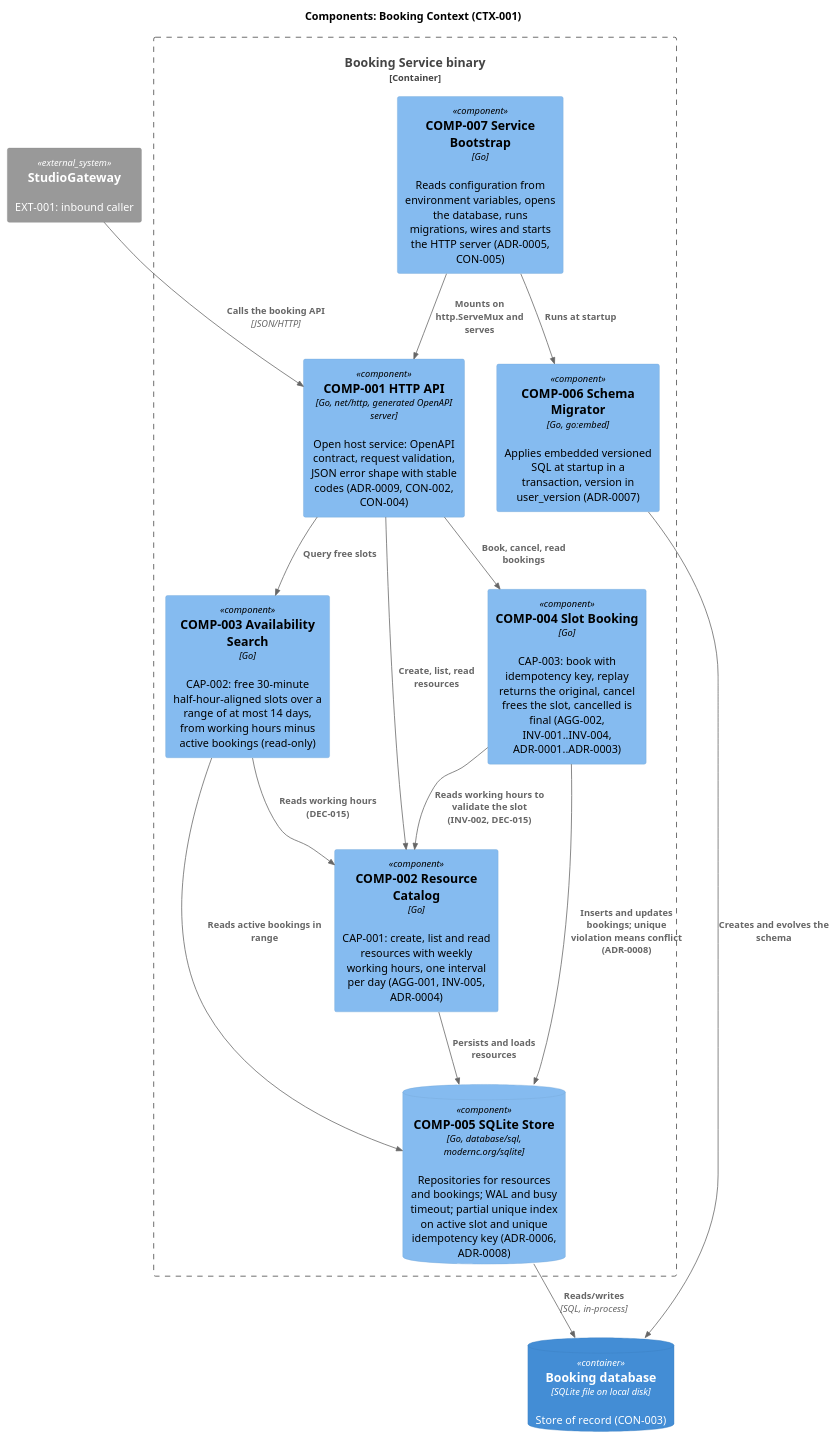
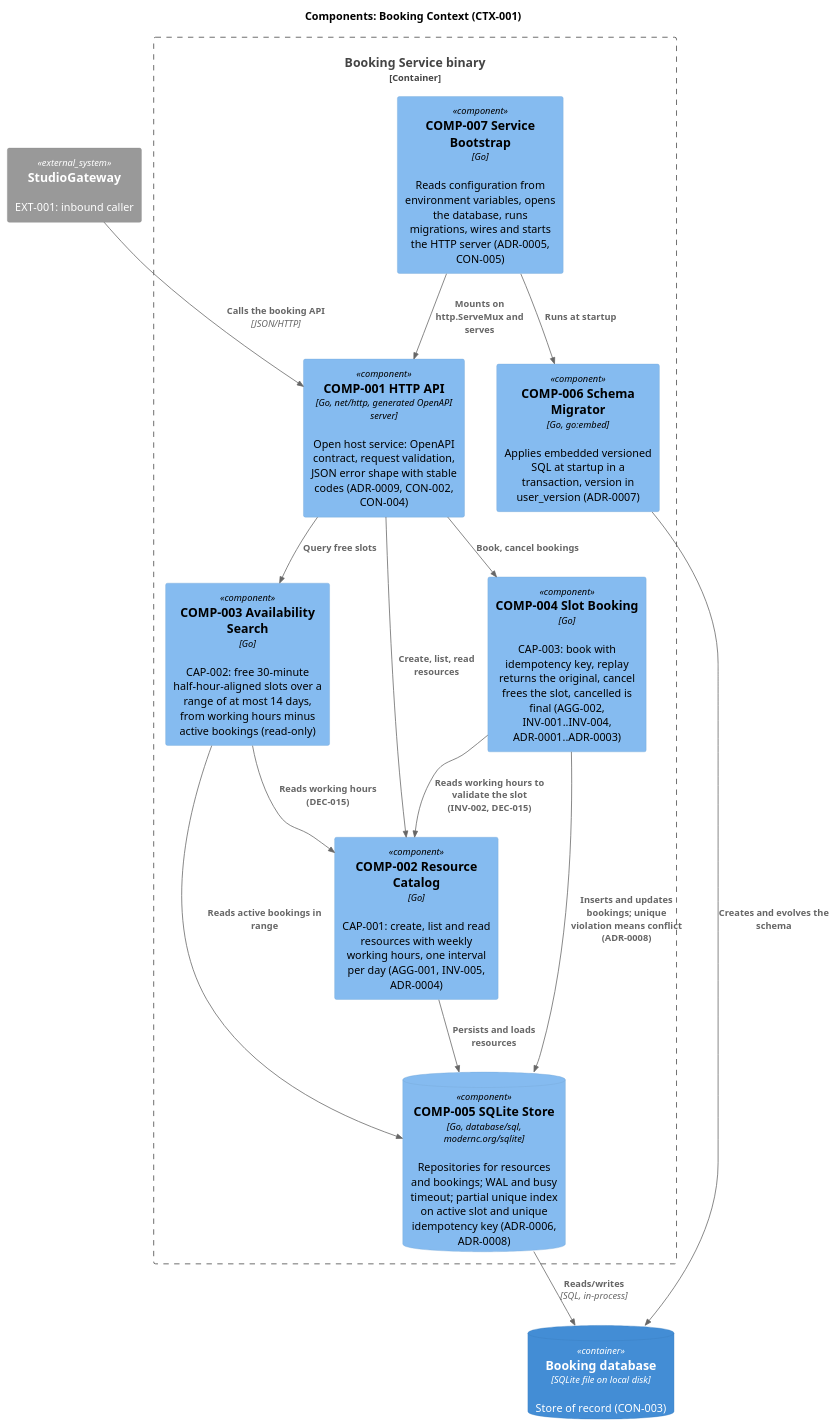
One commit to Adverax/booking-demo changed the diagram in meta/architecture/c4/components-booking.puml. Above: the diagram before and after it, drawn with PlantUML. The commit also changed 3 other files, not shown here.

First line of the commit message:
docs(architecture): narrow booking API label and complete FR-004 trace components

```diff
--- a/meta/architecture/c4/components-booking.puml
+++ b/meta/architecture/c4/components-booking.puml
@@ -1,62 +1,62 @@
 @startuml
 !include <C4/C4_Component>
 ' ============================================================
 ' C4 Components: Booking Context (CTX-001)
 ' Auto-generated by forge:architect-synthesis. Do not edit manually.
 ' Generated from: CTX-001 capabilities [CAP-001, CAP-002, CAP-003], aggregates [AGG-001, AGG-002],
 '   context_map (open_host_service to EXT-001), ADR-0005..ADR-0009, CON-001..CON-006
 ' COMP inventory:
 '   COMP-001 HTTP API (OpenAPI)     CTX-001  open host service, ADR-0009       api/openapi.yaml, internal/httpapi/
 '   COMP-002 Resource Catalog       CTX-001  CAP-001, AGG-001                  internal/catalog/
 '   COMP-003 Availability Search    CTX-001  CAP-002 (read-only projection)    internal/availability/
 '   COMP-004 Slot Booking           CTX-001  CAP-003, AGG-002                  internal/booking/
 '   COMP-005 SQLite Store           CTX-001  ADR-0006, ADR-0008, CON-003       internal/store/
 '   COMP-006 Schema Migrator        CTX-001  ADR-0007                          internal/store/migrations/
 '   COMP-007 Service Bootstrap      CTX-001  ADR-0005, CON-005                 cmd/booking/
 ' Notes:
 '   - COMP-001 is the only entry point: generated types and server interface from the OpenAPI
 '     document, mounted on http.ServeMux; maps domain errors to JSON errors with a stable code
 '     field (CON-004). No authentication layer (CON-006); booking-id exposure is open (DEC-011).
 '   - COMP-003 and COMP-004 read working hours owned by the Resource aggregate (AGG-001) through
 '     COMP-002; whether this cross-aggregate read is recorded in the model is open (DEC-015).
 '   - COMP-004 relies on the schema-level unique indexes of ADR-0008 in COMP-005: a constraint
 '     violation is mapped to a conflict. How a same-key replay is resolved (lookup first or
 '     insert first, payload mismatch per ADR-0001) is open (DEC-027); busy-error handling under
 '     50 concurrent writers is open (DEC-028); protection of INV-004 against reactivation at the
 '     schema level is open (DEC-026); the order of key lookup versus the not-in-the-past check is
 '     open (DEC-012); the exact meaning of "in the past" is open (DEC-005).
 '   - Whether idempotent no-ops re-emit domain events is open (DEC-014). Events are in-process
 '     facts only: no broker, no subscriber in scope (policies: none).
 '   - COMP-006 applies versioned SQL embedded with go:embed in one transaction at startup,
 '     tracking the version in user_version; concurrent startup of two processes is open (DEC-029).
 ' ============================================================
 title Components: Booking Context (CTX-001)
 
 System_Ext(gateway, "StudioGateway", "EXT-001: inbound caller")
 
 Container_Boundary(bookingApp, "Booking Service binary") {
   Component(httpApi, "COMP-001 HTTP API", "Go, net/http, generated OpenAPI server", "Open host service: OpenAPI contract, request validation, JSON error shape with stable codes (ADR-0009, CON-002, CON-004)")
   Component(catalog, "COMP-002 Resource Catalog", "Go", "CAP-001: create, list and read resources with weekly working hours, one interval per day (AGG-001, INV-005, ADR-0004)")
   Component(availability, "COMP-003 Availability Search", "Go", "CAP-002: free 30-minute half-hour-aligned slots over a range of at most 14 days, from working hours minus active bookings (read-only)")
   Component(booking, "COMP-004 Slot Booking", "Go", "CAP-003: book with idempotency key, replay returns the original, cancel frees the slot, cancelled is final (AGG-002, INV-001..INV-004, ADR-0001..ADR-0003)")
   ComponentDb(store, "COMP-005 SQLite Store", "Go, database/sql, modernc.org/sqlite", "Repositories for resources and bookings; WAL and busy timeout; partial unique index on active slot and unique idempotency key (ADR-0006, ADR-0008)")
   Component(migrator, "COMP-006 Schema Migrator", "Go, go:embed", "Applies embedded versioned SQL at startup in a transaction, version in user_version (ADR-0007)")
   Component(bootstrap, "COMP-007 Service Bootstrap", "Go", "Reads configuration from environment variables, opens the database, runs migrations, wires and starts the HTTP server (ADR-0005, CON-005)")
 }
 
 ContainerDb(bookingDb, "Booking database", "SQLite file on local disk", "Store of record (CON-003)")
 
 Rel(gateway, httpApi, "Calls the booking API", "JSON/HTTP")
 Rel(httpApi, catalog, "Create, list, read resources")
 Rel(httpApi, availability, "Query free slots")
-Rel(httpApi, booking, "Book, cancel, read bookings")
+Rel(httpApi, booking, "Book, cancel bookings")
 Rel(availability, catalog, "Reads working hours (DEC-015)")
 Rel(booking, catalog, "Reads working hours to validate the slot (INV-002, DEC-015)")
 Rel(catalog, store, "Persists and loads resources")
 Rel(availability, store, "Reads active bookings in range")
 Rel(booking, store, "Inserts and updates bookings; unique violation means conflict (ADR-0008)")
 Rel(bootstrap, migrator, "Runs at startup")
 Rel(bootstrap, httpApi, "Mounts on http.ServeMux and serves")
 Rel(migrator, bookingDb, "Creates and evolves the schema")
 Rel(store, bookingDb, "Reads/writes", "SQL, in-process")
 @enduml
```
